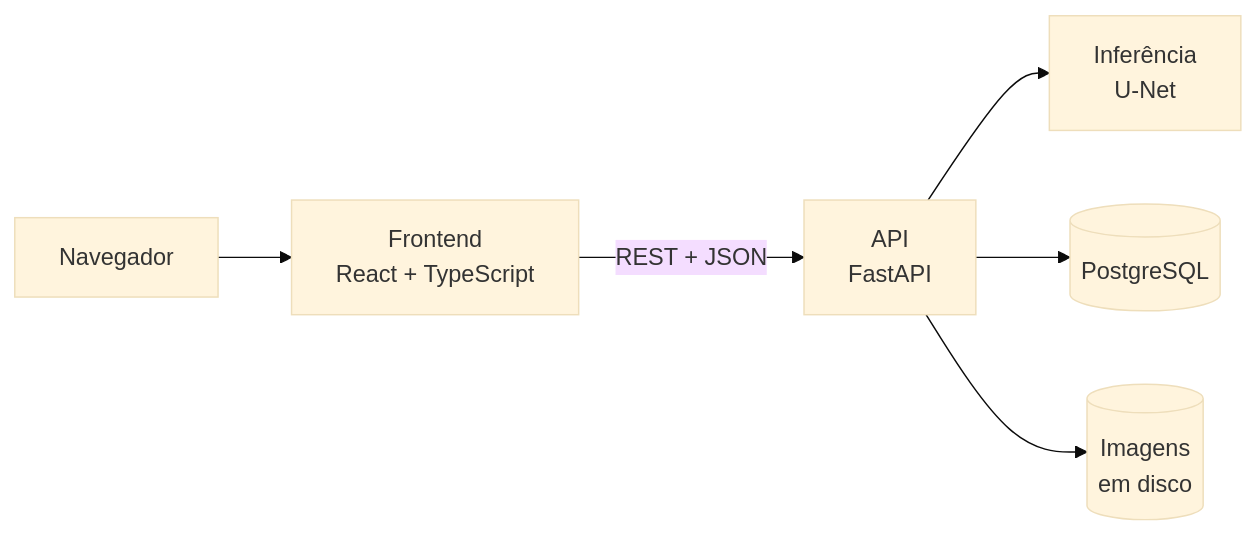
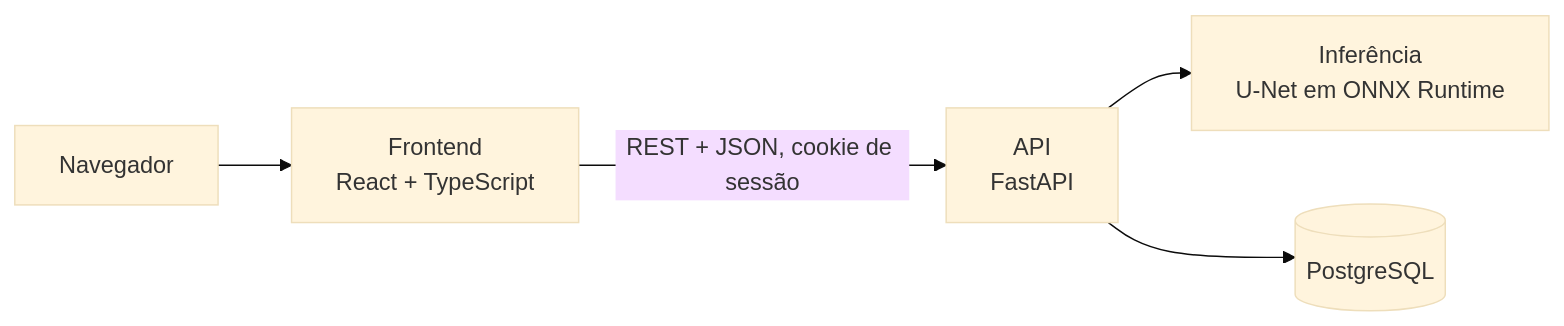
One commit to plfrancisco/trapsight-pi3 changed the second of 2 diagrams in README.md. Above: the diagram before and after it, drawn with Mermaid (base theme). The commit also changed other lines of this file and 1 other file, not shown here.

````diff
--- a/README.md
+++ b/README.md
@@ -48,8 +90,7 @@
 ```mermaid
 flowchart LR
     U[Navegador] --> F[Frontend<br/>React + TypeScript]
-    F -->|REST + JSON| A[API<br/>FastAPI]
-    A --> I[Inferência<br/>U-Net]
+    F -->|REST + JSON, cookie de sessão| A[API<br/>FastAPI]
+    A --> I[Inferência<br/>U-Net em ONNX Runtime]
     A --> D[(PostgreSQL)]
-    A --> S[(Imagens<br/>em disco)]
 ```
````
